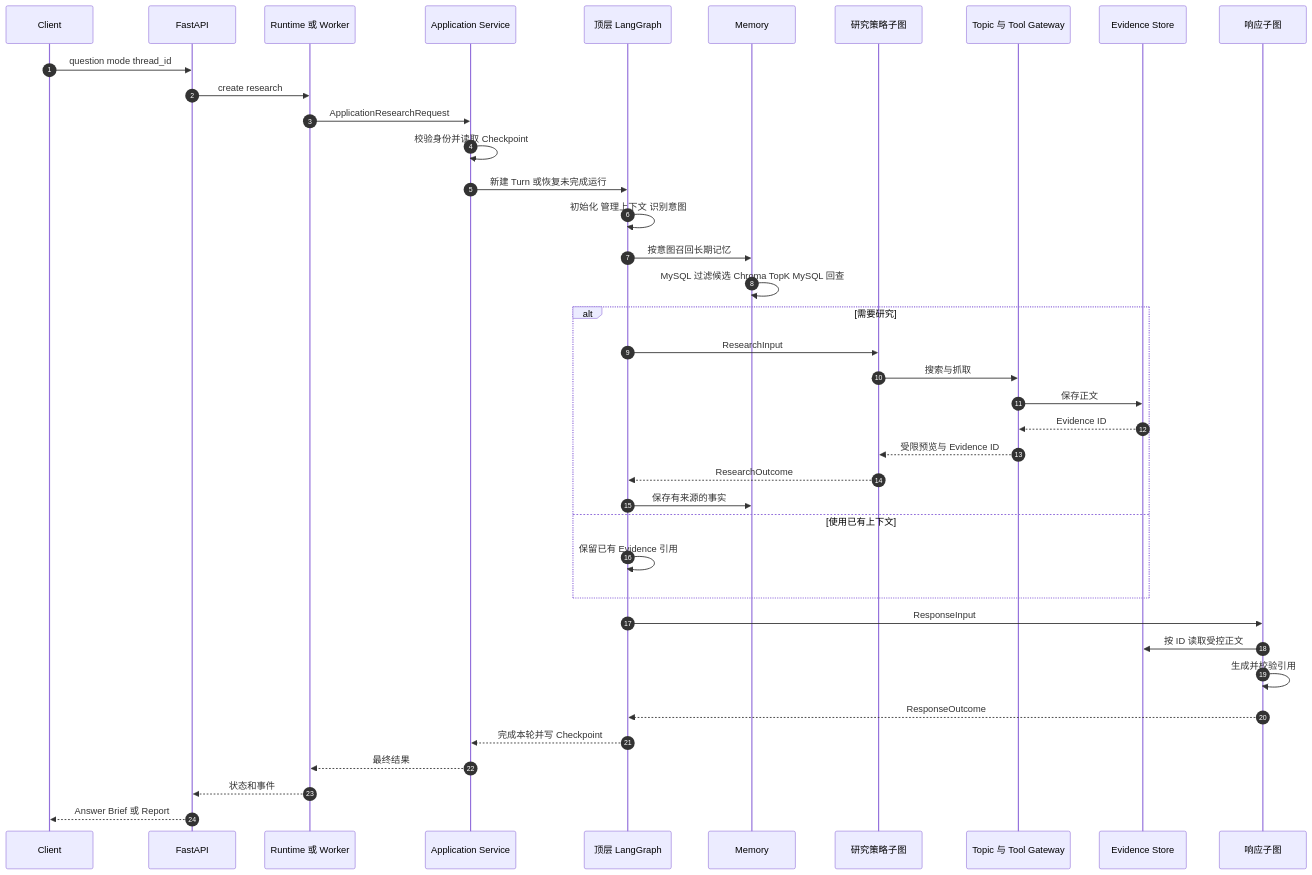
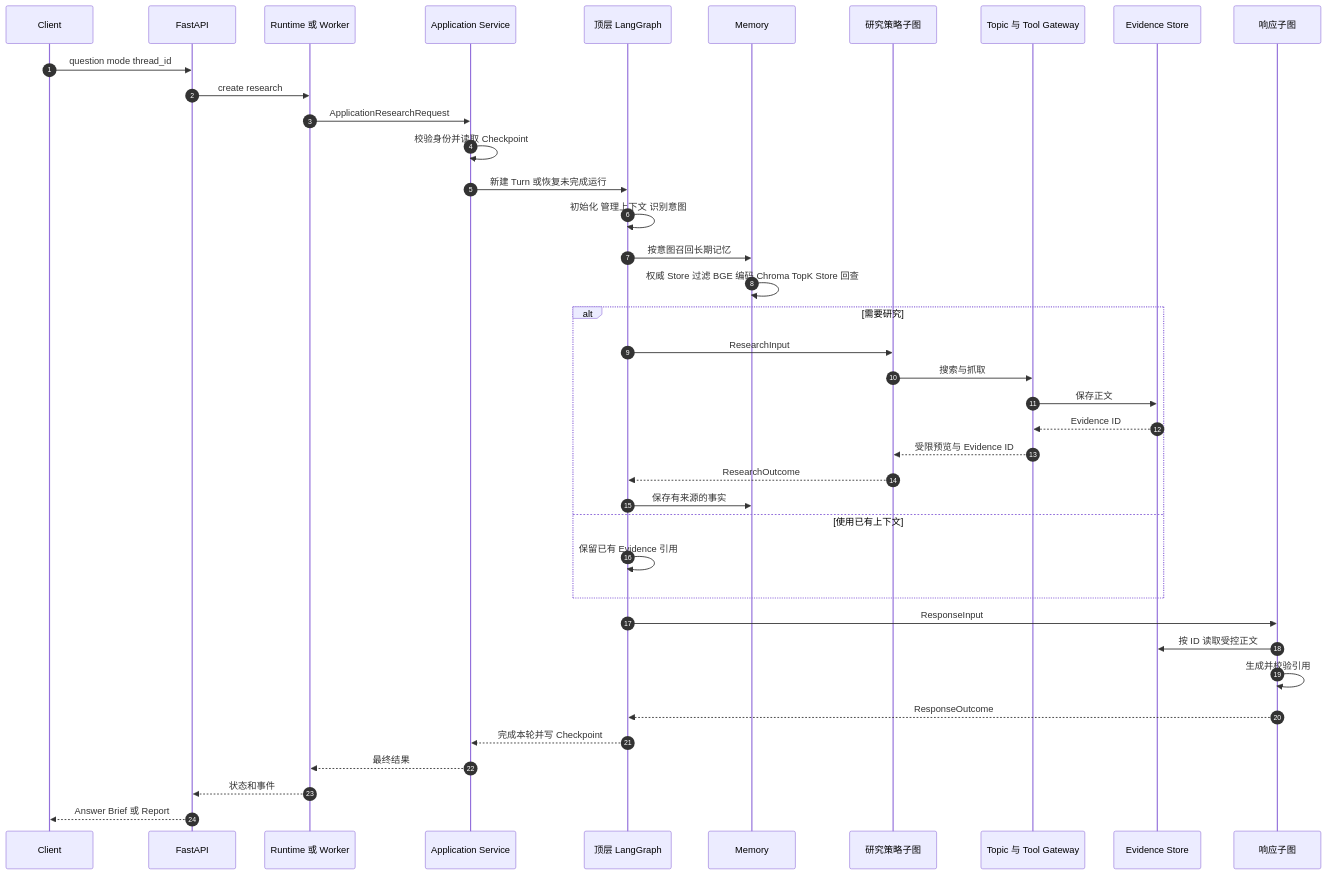
One commit to 1785454358/agent changed the second of 6 diagrams in docs/resume/多模式深度研究Agent面试与学习资料/02-Harness总体架构.md. Above: the diagram before and after it, drawn with Mermaid. The commit also changed other lines of this file and 5 other files, not shown here.

````diff
--- a/docs/resume/多模式深度研究Agent面试与学习资料/02-Harness总体架构.md
+++ b/docs/resume/多模式深度研究Agent面试与学习资料/02-Harness总体架构.md
@@ -54,42 +54,42 @@
 ```mermaid
 sequenceDiagram
     autonumber
     participant C as Client
     participant A as FastAPI
     participant R as Runtime 或 Worker
     participant S as Application Service
     participant G as 顶层 LangGraph
     participant M as Memory
     participant P as 研究策略子图
     participant T as Topic 与 Tool Gateway
     participant E as Evidence Store
     participant W as 响应子图
 
     C->>A: question mode thread_id
     A->>R: create research
     R->>S: ApplicationResearchRequest
     S->>S: 校验身份并读取 Checkpoint
     S->>G: 新建 Turn 或恢复未完成运行
     G->>G: 初始化 管理上下文 识别意图
     G->>M: 按意图召回长期记忆
-    M->>M: MySQL 过滤候选 Chroma TopK MySQL 回查
+    M->>M: 权威 Store 过滤 BGE 编码 Chroma TopK Store 回查
     alt 需要研究
         G->>P: ResearchInput
         P->>T: 搜索与抓取
         T->>E: 保存正文
         E-->>T: Evidence ID
         T-->>P: 受限预览与 Evidence ID
         P-->>G: ResearchOutcome
         G->>M: 保存有来源的事实
     else 使用已有上下文
         G->>G: 保留已有 Evidence 引用
     end
     G->>W: ResponseInput
     W->>E: 按 ID 读取受控正文
     W->>W: 生成并校验引用
     W-->>G: ResponseOutcome
     G-->>S: 完成本轮并写 Checkpoint
     S-->>R: 最终结果
     R-->>A: 状态和事件
     A-->>C: Answer Brief 或 Report
 ```
````
